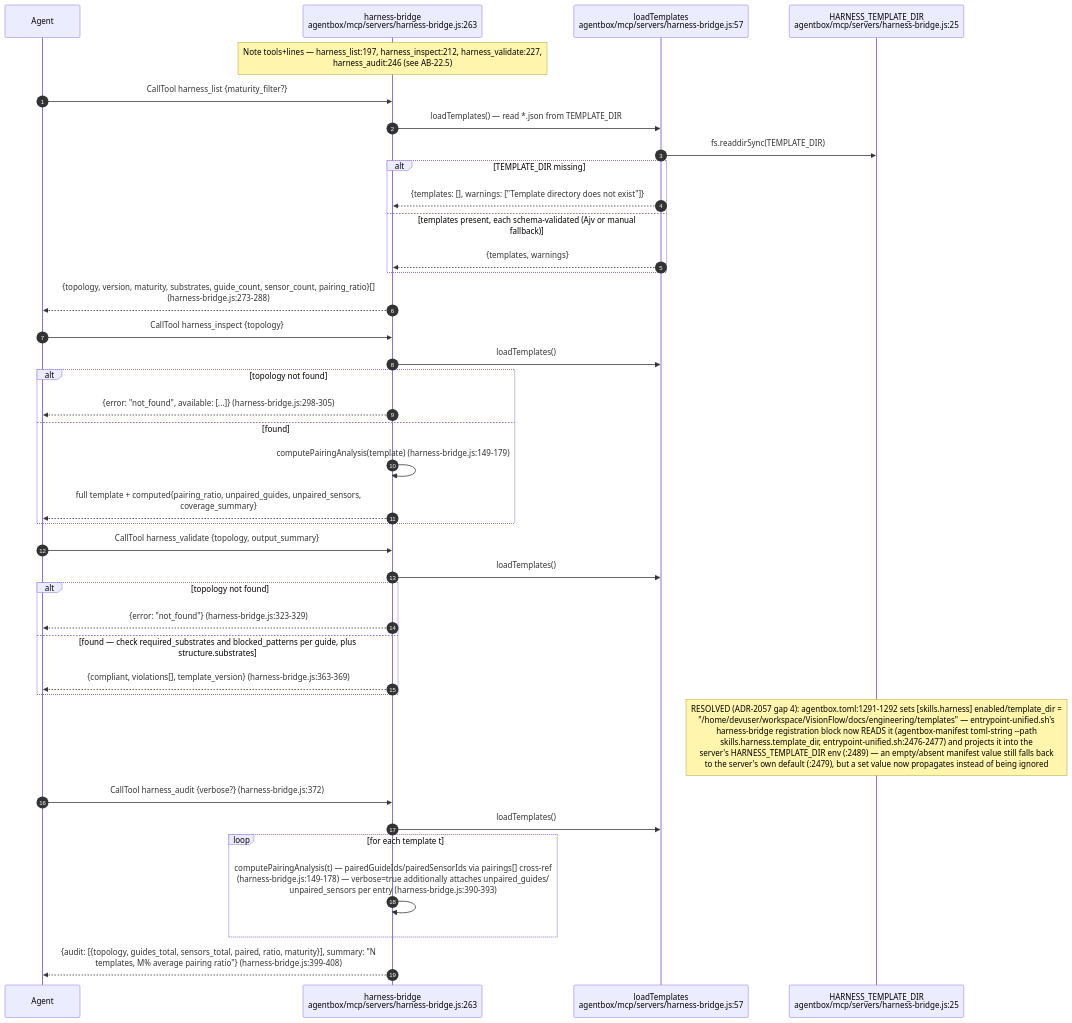
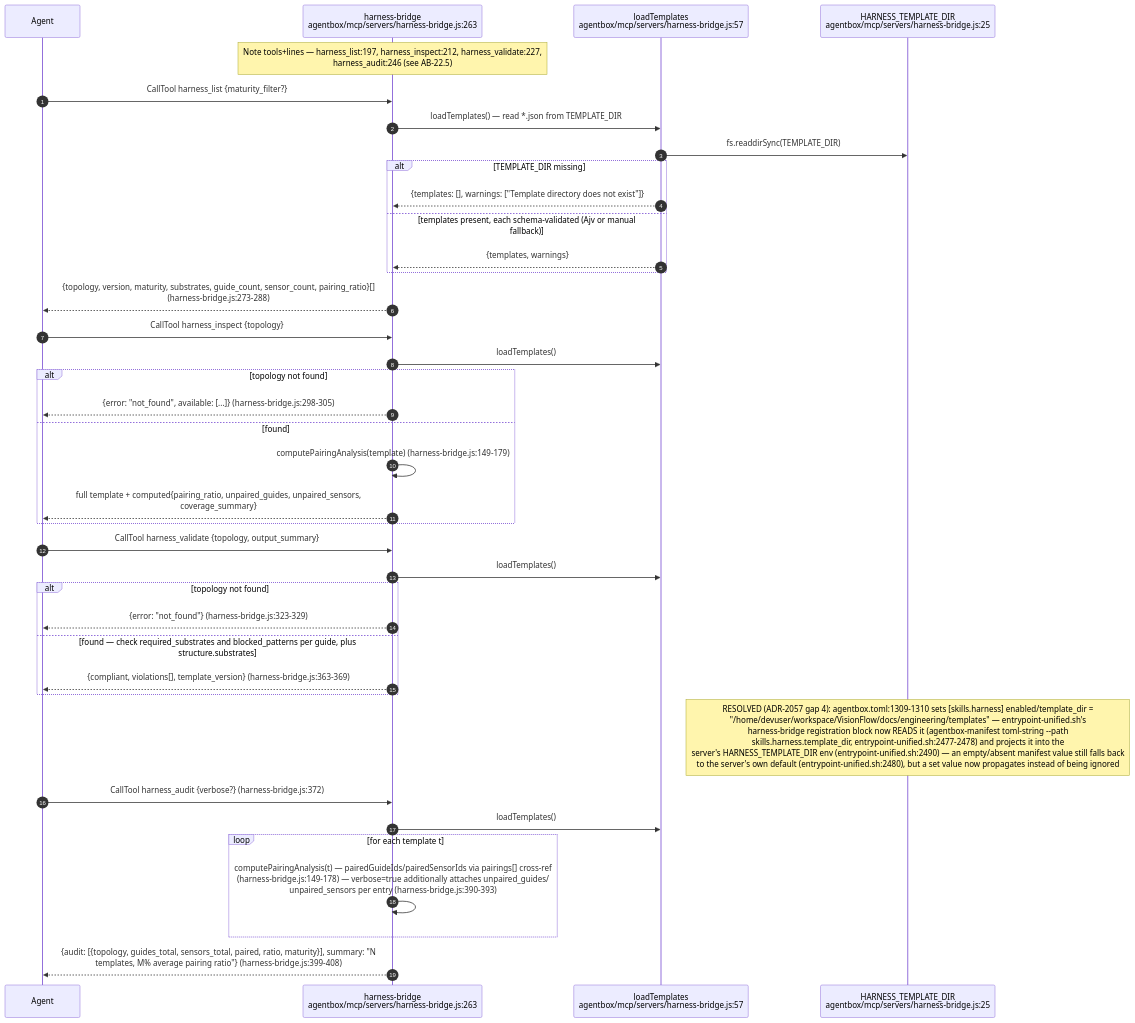
Before and after one commit to DreamLab-AI/VisionFlow: the fifth of 12 diagrams in docs/diagrams/agentbox/22-skills-and-routing.md, drawn with Mermaid. The commit also changed other lines of this file and 6 other files, not shown here.

````diff
--- a/docs/diagrams/agentbox/22-skills-and-routing.md
+++ b/docs/diagrams/agentbox/22-skills-and-routing.md
@@ -220,44 +222,44 @@
 ```mermaid
 sequenceDiagram
     autonumber
     participant AG as Agent
     participant HB as harness-bridge<br/>agentbox/mcp/servers/harness-bridge.js:263
     participant LT as loadTemplates<br/>agentbox/mcp/servers/harness-bridge.js:57
     participant TD as HARNESS_TEMPLATE_DIR<br/>agentbox/mcp/servers/harness-bridge.js:25
 
     Note over HB: Note tools+lines — harness_list:197, harness_inspect:212, harness_validate:227,<br/>harness_audit:246 (see AB-22.5)
     AG->>HB: CallTool harness_list {maturity_filter?}
     HB->>LT: loadTemplates() — read *.json from TEMPLATE_DIR
     LT->>TD: fs.readdirSync(TEMPLATE_DIR)
     alt TEMPLATE_DIR missing
         LT-->>HB: {templates: [], warnings: ["Template directory does not exist"]}
     else templates present, each schema-validated (Ajv or manual fallback)
         LT-->>HB: {templates, warnings}
     end
     HB-->>AG: {topology, version, maturity, substrates, guide_count, sensor_count, pairing_ratio}[]<br/>(harness-bridge.js:273-288)
 
     AG->>HB: CallTool harness_inspect {topology}
     HB->>LT: loadTemplates()
     alt topology not found
         HB-->>AG: {error: "not_found", available: [...]} (harness-bridge.js:298-305)
     else found
         HB->>HB: computePairingAnalysis(template) (harness-bridge.js:149-179)
         HB-->>AG: full template + computed{pairing_ratio, unpaired_guides, unpaired_sensors,<br/>coverage_summary}
     end
 
     AG->>HB: CallTool harness_validate {topology, output_summary}
     HB->>LT: loadTemplates()
     alt topology not found
         HB-->>AG: {error: "not_found"} (harness-bridge.js:323-329)
     else found — check required_substrates and blocked_patterns per guide, plus structure.substrates
         HB-->>AG: {compliant, violations[], template_version} (harness-bridge.js:363-369)
     end
-    Note over TD: RESOLVED (ADR-2057 gap 4): agentbox.toml:1291-1292 sets [skills.harness] enabled/template_dir =<br/>"/home/devuser/workspace/VisionFlow/docs/engineering/templates" — entrypoint-unified.sh's<br/>harness-bridge registration block now READS it (agentbox-manifest toml-string --path<br/>skills.harness.template_dir, entrypoint-unified.sh:2476-2477) and projects it into the<br/>server's HARNESS_TEMPLATE_DIR env (:2489) — an empty/absent manifest value still falls back<br/>to the server's own default (:2479), but a set value now propagates instead of being ignored
+    Note over TD: RESOLVED (ADR-2057 gap 4): agentbox.toml:1309-1310 sets [skills.harness] enabled/template_dir =<br/>"/home/devuser/workspace/VisionFlow/docs/engineering/templates" — entrypoint-unified.sh's<br/>harness-bridge registration block now READS it (agentbox-manifest toml-string --path<br/>skills.harness.template_dir, entrypoint-unified.sh:2477-2478) and projects it into the<br/>server's HARNESS_TEMPLATE_DIR env (entrypoint-unified.sh:2490) — an empty/absent manifest value still falls back<br/>to the server's own default (entrypoint-unified.sh:2480), but a set value now propagates instead of being ignored
 
     AG->>HB: CallTool harness_audit {verbose?} (harness-bridge.js:372)
     HB->>LT: loadTemplates()
     loop for each template t
         HB->>HB: computePairingAnalysis(t) — pairedGuideIds/pairedSensorIds via pairings[] cross-ref<br/>(harness-bridge.js:149-178) — verbose=true additionally attaches unpaired_guides/<br/>unpaired_sensors per entry (harness-bridge.js:390-393)
     end
     HB-->>AG: {audit: [{topology, guides_total, sensors_total, paired, ratio, maturity}], summary: "N<br/>templates, M% average pairing ratio"} (harness-bridge.js:399-408)
 ```
````
